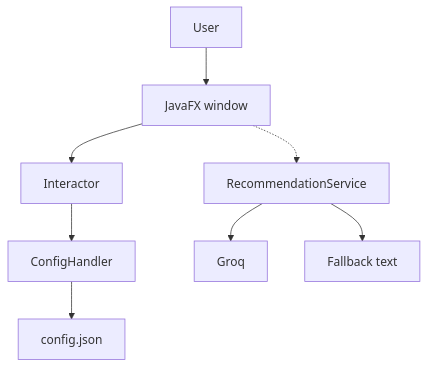
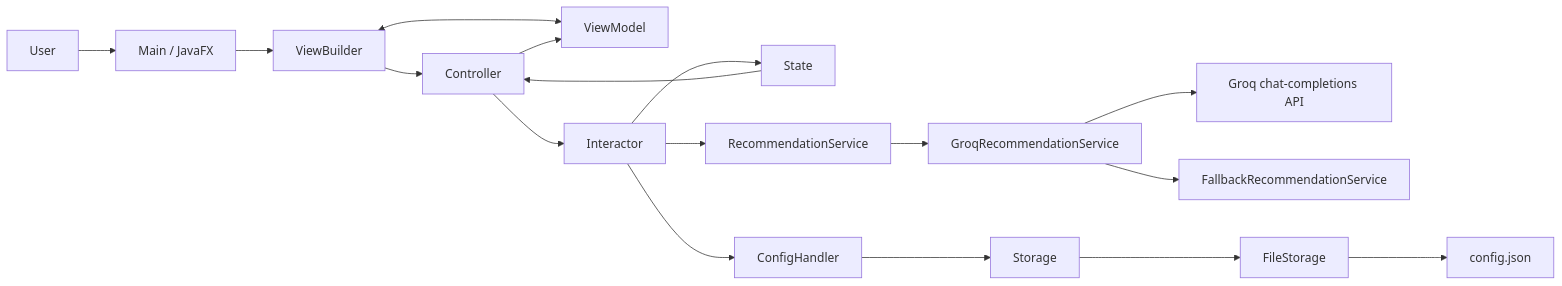
Before and after one commit to fordlarry13-stack/BreakTimeBuddy: the diagram in docs/architecture.md, drawn with Mermaid. The commit also changed other lines of this file, not shown here.

Commit message:
docs: update final system architecture

````diff
--- a/docs/architecture.md
+++ b/docs/architecture.md
@@ -28,10 +15,21 @@
 ```mermaid
-flowchart TD
-  User --> Window[JavaFX window]
-  Window --> Interactor
+flowchart LR
+  User[User] --> Main[Main / JavaFX]
+  Main --> View[ViewBuilder]
+  View <--> VM[ViewModel]
+  View --> Controller
+  Controller --> Interactor
+  Interactor --> State
+  State --> Controller
+  Controller --> VM
+
+  Interactor --> Rec[RecommendationService]
+  Rec --> GroqService[GroqRecommendationService]
+  GroqService --> GroqAPI[Groq chat-completions API]
+  GroqService --> Fallback[FallbackRecommendationService]
+
   Interactor --> ConfigHandler
-  ConfigHandler --> ConfigFile[config.json]
-  Window -.-> Rec[RecommendationService]
-  Rec --> Groq
-  Rec --> Fallback[Fallback text]
+  ConfigHandler --> Storage
+  Storage --> FileStorage
+  FileStorage --> ConfigFile[config.json]
 ```
````
